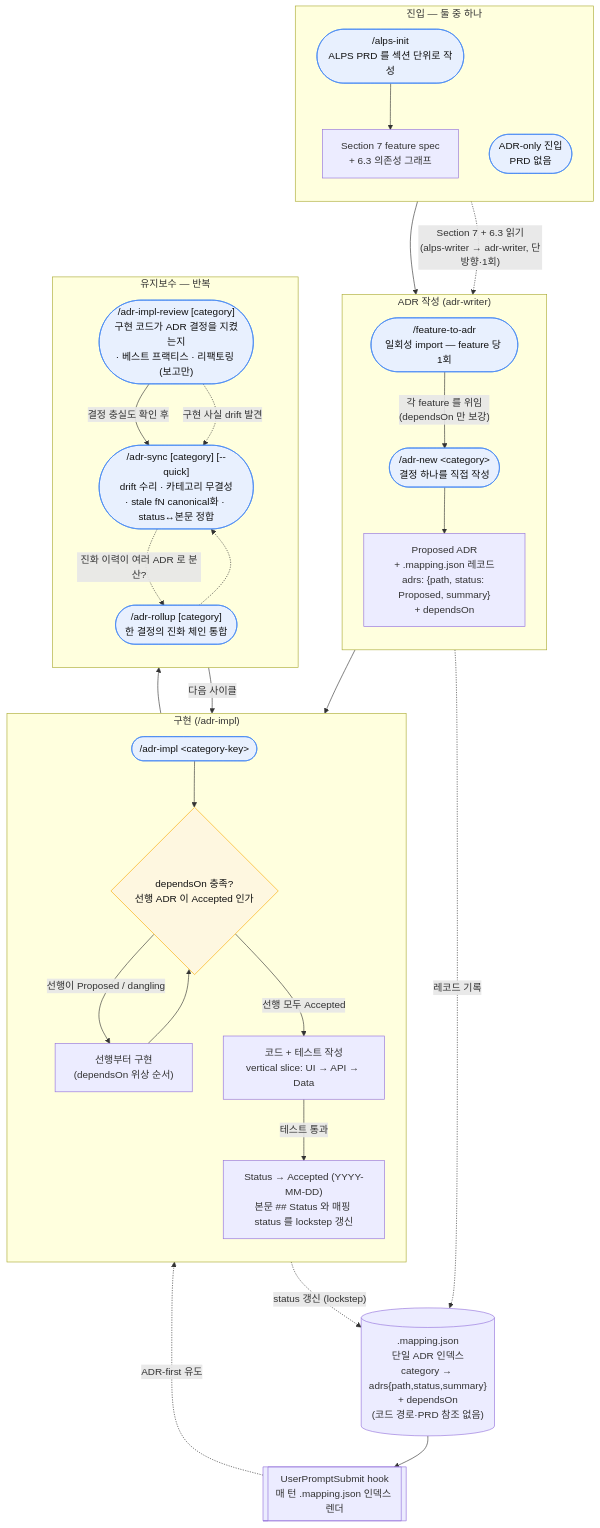
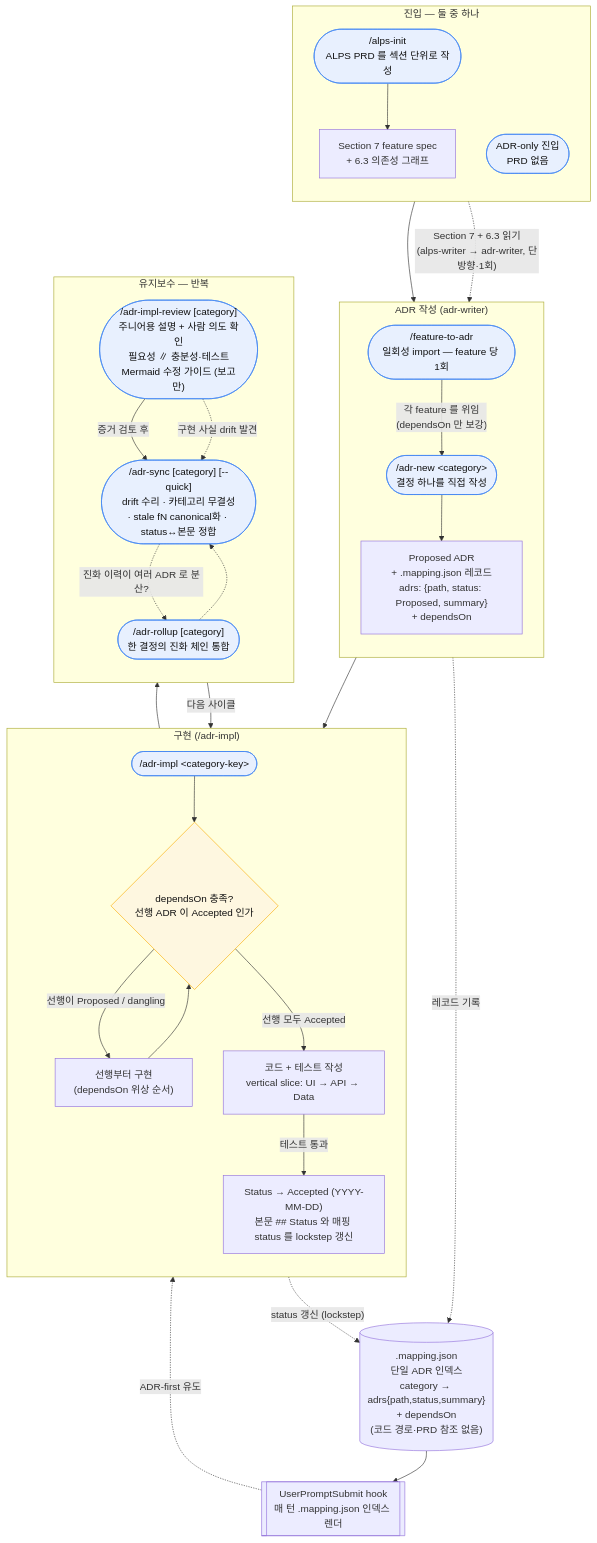
One commit to haandol/alps-writer-mcp changed the first of 3 diagrams in docs/adr-process.md. Above: the diagram before and after it, drawn with Mermaid. The commit also changed other lines of this file and 16 other files, not shown here.

Commit message:
feat(adr): add adversarial implementation review reports

````diff
--- a/docs/adr-process.md
+++ b/docs/adr-process.md
@@ -14,63 +14,63 @@
 ```mermaid
 flowchart TD
     subgraph entry["진입 — 둘 중 하나"]
         direction TB
         AlpsInit(["/alps-init<br/>ALPS PRD 를 섹션 단위로 작성"])
         S7["Section 7 feature spec<br/>+ 6.3 의존성 그래프"]
         AlpsInit --> S7
         ADROnly(["ADR-only 진입<br/>PRD 없음"])
     end
 
     subgraph author["ADR 작성 (adr-writer)"]
         direction TB
         F2A(["/feature-to-adr<br/>일회성 import — feature 당 1회"])
         New(["/adr-new &lt;category&gt;<br/>결정 하나를 직접 작성"])
         Proposed["Proposed ADR<br/>+ .mapping.json 레코드<br/>adrs: {path, status: Proposed, summary}<br/>+ dependsOn"]
         F2A -->|"각 feature 를 위임<br/>(dependsOn 만 보강)"| New
         New --> Proposed
     end
 
     subgraph impl["구현 (/adr-impl)"]
         direction TB
         Impl(["/adr-impl &lt;category-key&gt;"])
         Gate{"dependsOn 충족?<br/>선행 ADR 이 Accepted 인가"}
         Prereq["선행부터 구현<br/>(dependsOn 위상 순서)"]
         Code["코드 + 테스트 작성<br/>vertical slice: UI → API → Data"]
         Accepted["Status → Accepted (YYYY-MM-DD)<br/>본문 ## Status 와 매핑 status 를 lockstep 갱신"]
         Impl --> Gate
         Gate -->|"선행이 Proposed / dangling"| Prereq
         Prereq --> Gate
         Gate -->|"선행 모두 Accepted"| Code
         Code -->|"테스트 통과"| Accepted
     end
 
     subgraph maint["유지보수 — 반복"]
         direction TB
-        Review(["/adr-impl-review [category]<br/>구현 코드가 ADR 결정을 지켰는지<br/>· 베스트 프랙티스 · 리팩토링 (보고만)"])
+        Review(["/adr-impl-review [category]<br/>주니어용 설명 + 사람 의도 확인<br/>필요성 ∥ 충분성·테스트<br/>Mermaid 수정 가이드 (보고만)"])
         Sync(["/adr-sync [category] [--quick]<br/>drift 수리 · 카테고리 무결성<br/>· stale fN canonical화 · status↔본문 정합"])
         Rollup(["/adr-rollup [category]<br/>한 결정의 진화 체인 통합"])
     end
 
     Mapping[(".mapping.json<br/>단일 ADR 인덱스<br/>category → adrs{path,status,summary}<br/>+ dependsOn<br/>(코드 경로·PRD 참조 없음)")]
     Hook[["UserPromptSubmit hook<br/>매 턴 .mapping.json 인덱스 렌더"]]
 
     S7 -.->|"Section 7 + 6.3 읽기<br/>(alps-writer → adr-writer, 단방향·1회)"| F2A
     ADROnly --> New
     Proposed --> Impl
     Accepted --> Review
-    Review -->|"결정 충실도 확인 후"| Sync
+    Review -->|"증거 검토 후"| Sync
     Review -.->|"구현 사실 drift 발견"| Sync
     Sync -->|"다음 사이클"| Impl
     Sync -.->|"진화 이력이 여러 ADR 로 분산?"| Rollup
     Rollup -.-> Sync
 
     Proposed -.->|"레코드 기록"| Mapping
     Accepted -.->|"status 갱신 (lockstep)"| Mapping
     Mapping --> Hook
     Hook -.->|"ADR-first 유도"| Impl
 
     classDef cmd fill:#e8f0fe,stroke:#4285f4,color:#111;
     classDef gate fill:#fef7e0,stroke:#f9ab00,color:#111;
     class AlpsInit,F2A,New,Impl,Review,Sync,Rollup,ADROnly cmd;
     class Gate gate;
 ```
````
